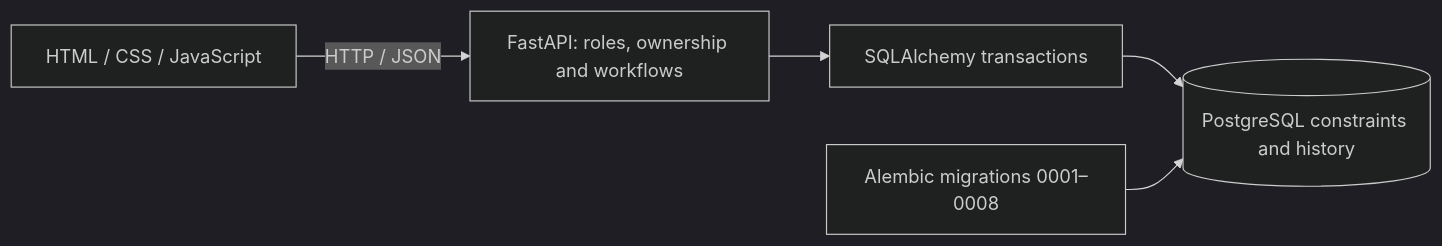
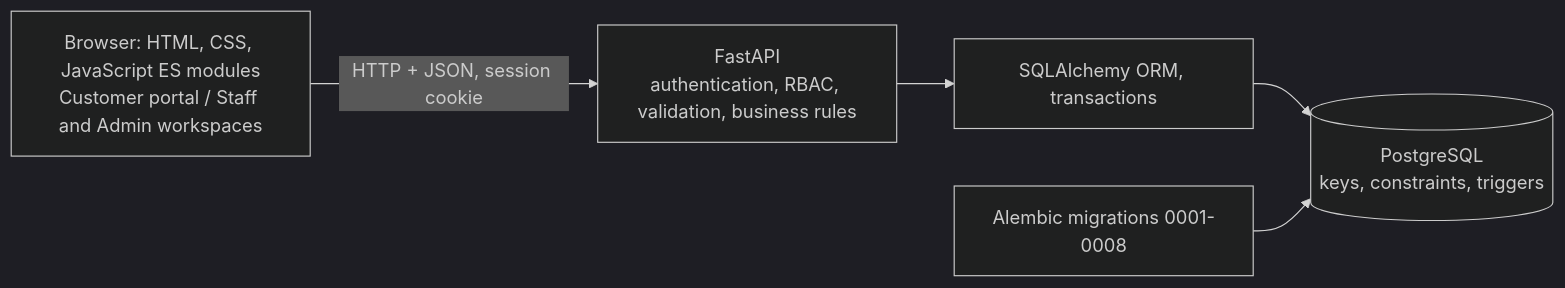
The diagram in README.md (AhmdSahilNr/PetOps), drawn with Mermaid (dark theme) before and after one commit. The commit also changed other lines of this file and 166 other files, not shown here.

````diff
--- a/README.md
+++ b/README.md
@@ -105,7 +112,7 @@
 ```mermaid
 flowchart LR
-    Browser[HTML / CSS / JavaScript] -->|HTTP / JSON| API[FastAPI: roles, ownership and workflows]
-    API --> ORM[SQLAlchemy transactions]
-    ORM --> DB[(PostgreSQL constraints and history)]
-    Alembic[Alembic migrations 0001–0008] --> DB
+    Browser["Browser: HTML, CSS, JavaScript ES modules<br>Customer portal / Staff and Admin workspaces"] -->|HTTP + JSON, session cookie| API["FastAPI<br>authentication, RBAC, validation, business rules"]
+    API --> ORM[SQLAlchemy ORM, transactions]
+    ORM --> DB[(PostgreSQL<br>keys, constraints, triggers)]
+    Alembic[Alembic migrations 0001-0008] --> DB
 ```
````
